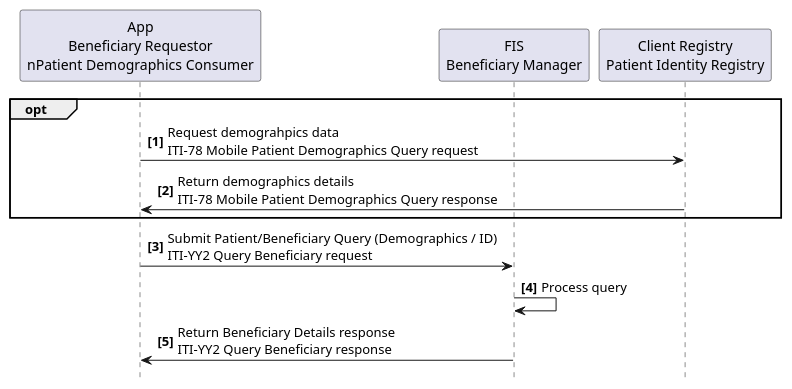
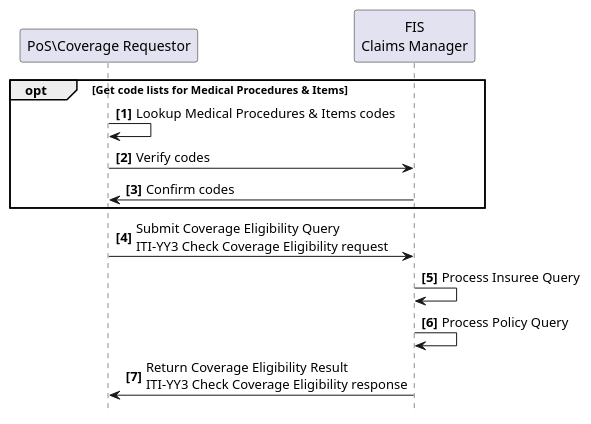
One commit to IHE/ITI.Finance changed the diagram in input/images-source/usecase2-processflow.plantuml. Above: the diagram before and after it, drawn with PlantUML. The commit also changed 8 other files, not shown here.

```diff
--- a/input/images-source/usecase2-processflow.plantuml
+++ b/input/images-source/usecase2-processflow.plantuml
@@ -1,20 +1,21 @@
 @startuml
 skinparam svgDimensionStyle false
 hide footbox
 autonumber "<b>[0]"
 
-participant "App\nBeneficiary Requestor\nnPatient Demographics Consumer" as App
-participant "FIS\nBeneficiary Manager" as FIS
-participant "Client Registry\nPatient Identity Registry" as CR
+participant "PoS\Coverage Requestor" as App
+participant "FIS\nClaims Manager" as FIS
 
 
-opt
-  App->CR: Request demograhpics data\nITI-78 Mobile Patient Demographics Query request
-  CR->App: Return demographics details\nITI-78 Mobile Patient Demographics Query response
-end
+opt Get code lists for Medical Procedures & Items
+	App -> App: Lookup Medical Procedures & Items codes
+	App -> FIS: Verify codes
+	FIS -> App: Confirm codes
+end opt
 
-App->FIS: Submit Patient/Beneficiary Query (Demographics / ID)\nITI-YY2 Query Beneficiary request
-FIS->FIS: Process query
-FIS->App: Return Beneficiary Details response\nITI-YY2 Query Beneficiary response
+App -> FIS: Submit Coverage Eligibility Query\nITI-YY3 Check Coverage Eligibility request
+FIS -> FIS: Process Insuree Query
+FIS -> FIS: Process Policy Query
+FIS -> App: Return Coverage Eligibility Result\nITI-YY3 Check Coverage Eligibility response
 
 @enduml
```
